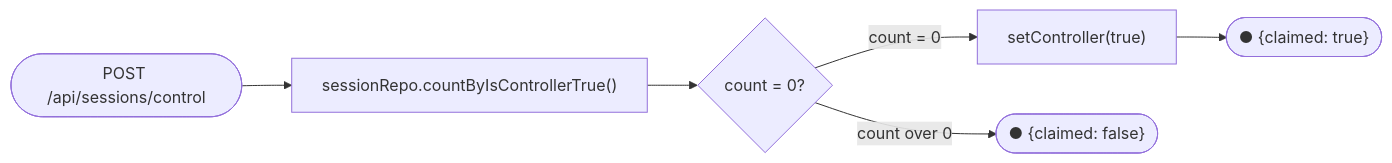
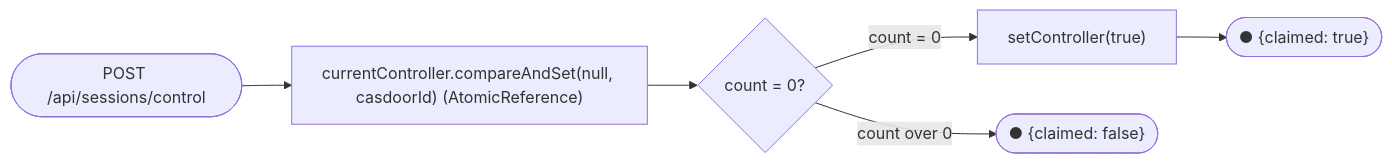
One commit to hugmesh/hugmesh-games changed diagram 23 of 48 in README.md. Above: the diagram before and after it, drawn with Mermaid. The commit also changed other lines of this file, not shown here.

````diff
--- a/README.md
+++ b/README.md
@@ -711,6 +717,6 @@
 ```mermaid
 flowchart LR
-    R(["POST /api/sessions/control"]) --> C["sessionRepo.countByIsControllerTrue()"] --> D{"count = 0?"}
+    R(["POST /api/sessions/control"]) --> C["currentController.compareAndSet(null, casdoorId) (AtomicReference)"] --> D{"count = 0?"}
     D -->|"count = 0"| OK["setController(true)"] --> O1(["● {claimed: true}"])
     D -->|"count over 0"| O2(["● {claimed: false}"])
 ```
````
